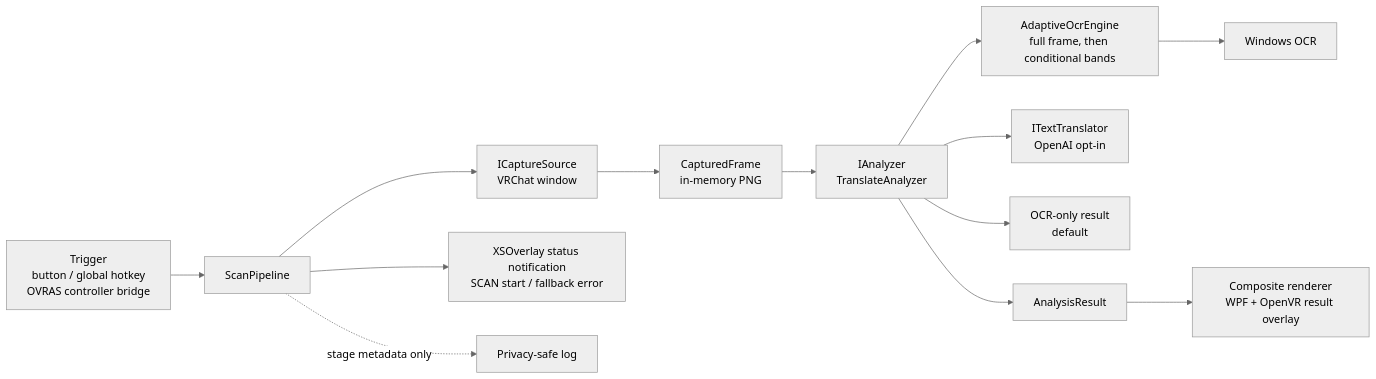
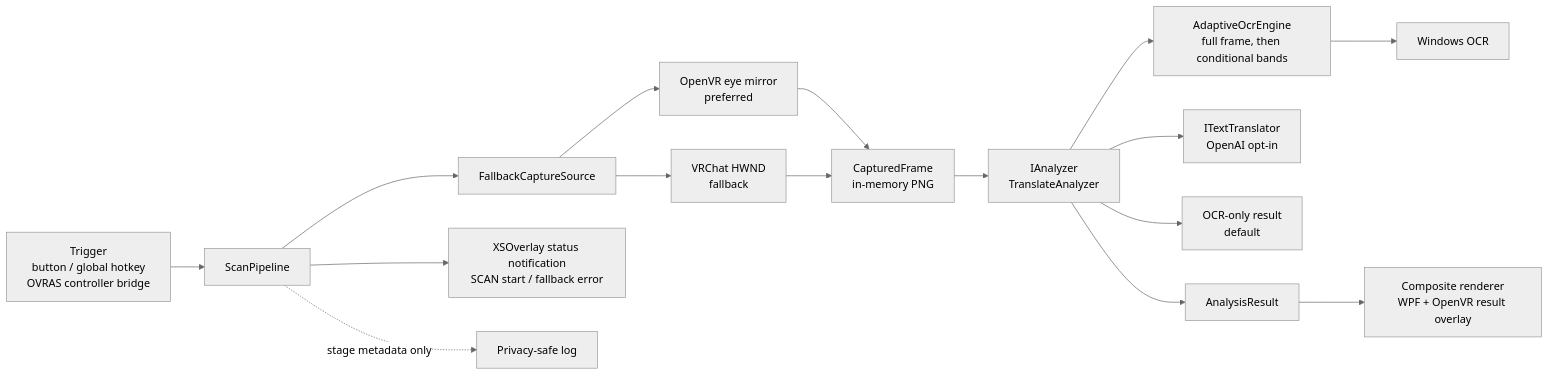
The diagram in DESIGN.md (Na2ki-BB/vrchat-visual-assistant), drawn with Mermaid (neutral theme) before and after one commit. The commit also changed other lines of this file and 2 other files, not shown here.

Commit message:
docs: record OpenVR Stage 2 validation

````diff
--- a/DESIGN.md
+++ b/DESIGN.md
@@ -196,15 +208,18 @@
 ```mermaid
 flowchart LR
     T[Trigger<br/>button / global hotkey<br/>OVRAS controller bridge] --> P[ScanPipeline]
-    P --> C[ICaptureSource<br/>VRChat window]
-    C --> F[CapturedFrame<br/>in-memory PNG]
+    P --> C[FallbackCaptureSource]
+    C --> E[OpenVR eye mirror<br/>preferred]
+    C --> H[VRChat HWND<br/>fallback]
+    E --> F[CapturedFrame<br/>in-memory PNG]
+    H --> F
     F --> A[IAnalyzer<br/>TranslateAnalyzer]
     A --> O[AdaptiveOcrEngine<br/>full frame, then conditional bands]
     O --> W[Windows OCR]
     A --> X[ITextTranslator<br/>OpenAI opt-in]
     A --> N[OCR-only result<br/>default]
     A --> R[AnalysisResult]
     R --> V[Composite renderer<br/>WPF + OpenVR result overlay]
     P --> S[XSOverlay status notification<br/>SCAN start / fallback error]
     P -. stage metadata only .-> L[Privacy-safe log]
 ```
````
